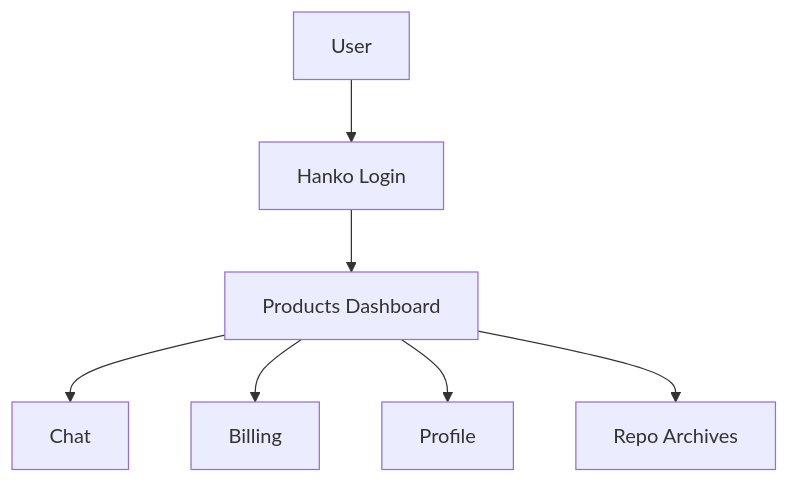
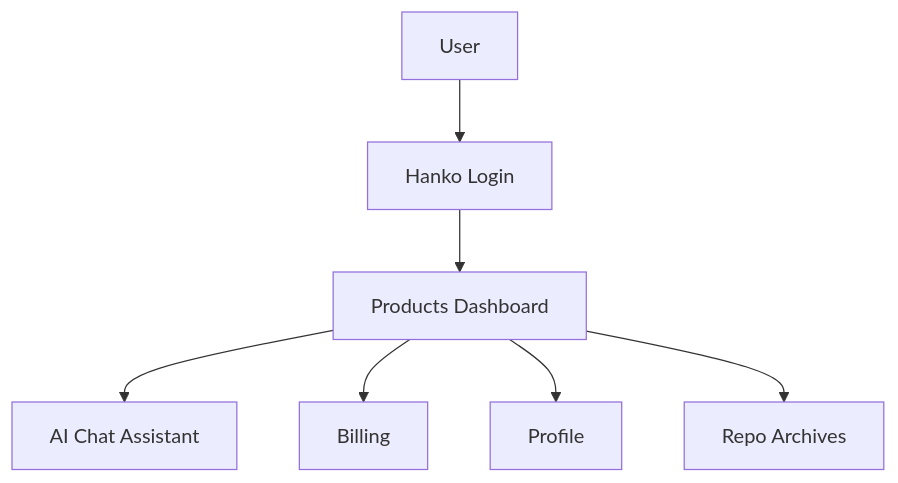
Before and after one commit to dirm02/bloggista: the third of 11 diagrams in expansion.md, drawn with Mermaid. The commit also changed other lines of this file, not shown here.

````diff
--- a/expansion.md
+++ b/expansion.md
@@ -104,9 +106,9 @@
 ```mermaid
 flowchart TB
     User[User] --> Login[Hanko Login]
     Login --> Products[Products Dashboard]
-    Products --> Chat[Chat]
+    Products --> AIChat[AI Chat Assistant]
     Products --> Billing[Billing]
     Products --> Profile[Profile]
     Products --> Archives[Repo Archives]
 ```
````
